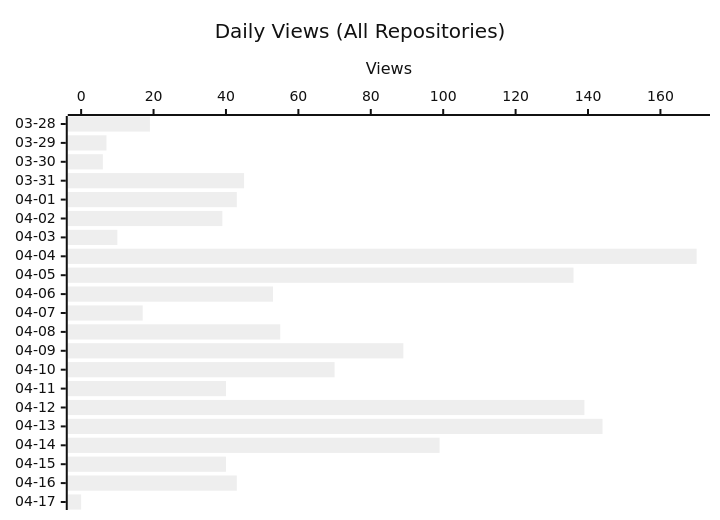
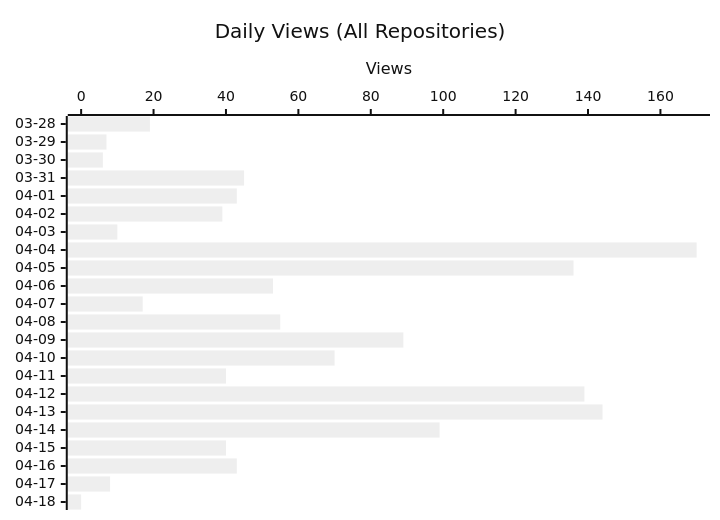
Before and after one commit to shigechika/github-insights: the second of 3 diagrams in README.md, drawn with Mermaid (neutral theme). The commit also changed other lines of this file and 1 other file, not shown here.

````diff
--- a/README.md
+++ b/README.md
@@ -24,7 +24,7 @@
 ```mermaid
 xychart-beta horizontal
     title "Daily Views (All Repositories)"
-    x-axis ["03-28", "03-29", "03-30", "03-31", "04-01", "04-02", "04-03", "04-04", "04-05", "04-06", "04-07", "04-08", "04-09", "04-10", "04-11", "04-12", "04-13", "04-14", "04-15", "04-16", "04-17"]
+    x-axis ["03-28", "03-29", "03-30", "03-31", "04-01", "04-02", "04-03", "04-04", "04-05", "04-06", "04-07", "04-08", "04-09", "04-10", "04-11", "04-12", "04-13", "04-14", "04-15", "04-16", "04-17", "04-18"]
     y-axis "Views"
-    bar [19, 7, 6, 45, 43, 39, 10, 170, 136, 53, 17, 55, 89, 70, 40, 139, 144, 99, 40, 43, 0]
+    bar [19, 7, 6, 45, 43, 39, 10, 170, 136, 53, 17, 55, 89, 70, 40, 139, 144, 99, 40, 43, 8, 0]
 ```
````
